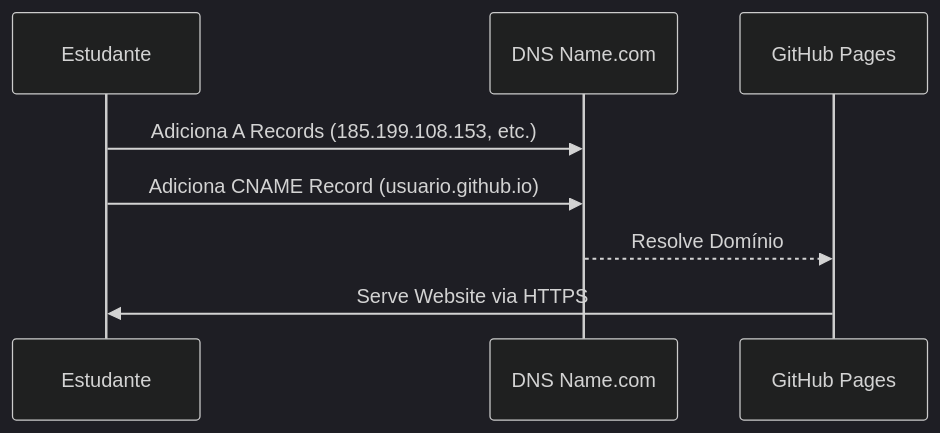
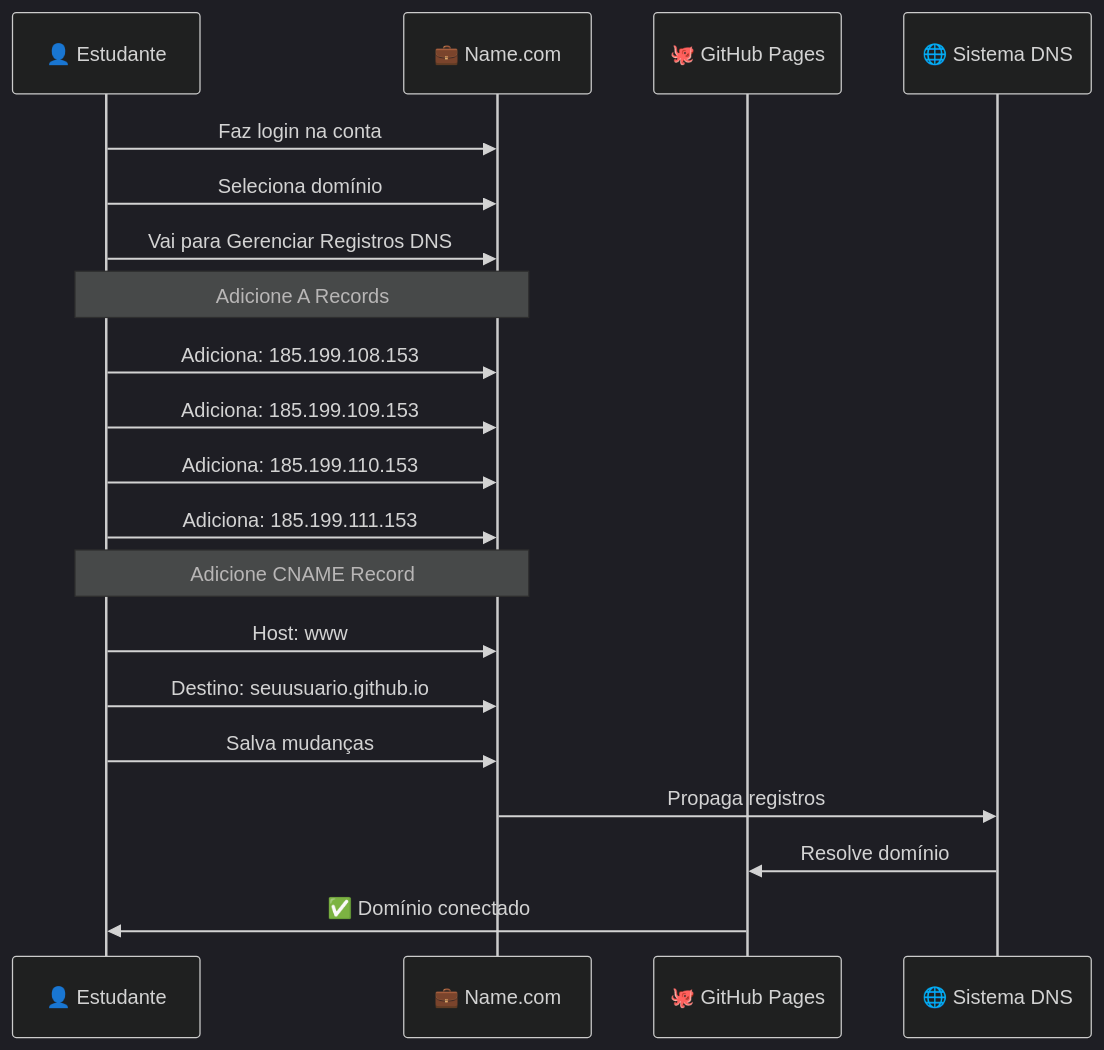
Before and after one commit to Genovese-Felipe/student-pack: the fourth of 8 diagrams in resources/CONFIGURACAO_DOMINIO.md, drawn with Mermaid (dark theme). The commit also changed other lines of this file and 8 other files, not shown here.

Commit message:
Enhance documentation with comprehensive Mermaid diagrams and visual flows

````diff
--- a/resources/CONFIGURACAO_DOMINIO.md
+++ b/resources/CONFIGURACAO_DOMINIO.md
@@ -25,10 +95,26 @@
 ```mermaid
 sequenceDiagram
-    participant E as Estudante
-    participant N as DNS Name.com
-    participant G as GitHub Pages
-    E->>N: Adiciona A Records (185.199.108.153, etc.)
-    E->>N: Adiciona CNAME Record (usuario.github.io)
-    N-->>G: Resolve Domínio
-    G->>E: Serve Website via HTTPS
+    participant Estudante as 👤 Estudante
+    participant NameCom as 💼 Name.com
+    participant GitHub as 🐙 GitHub Pages
+    participant DNS as 🌐 Sistema DNS
+    
+    Estudante->>NameCom: Faz login na conta
+    Estudante->>NameCom: Seleciona domínio
+    Estudante->>NameCom: Vai para Gerenciar Registros DNS
+    
+    Note over Estudante,NameCom: Adicione A Records
+    Estudante->>NameCom: Adiciona: 185.199.108.153
+    Estudante->>NameCom: Adiciona: 185.199.109.153
+    Estudante->>NameCom: Adiciona: 185.199.110.153
+    Estudante->>NameCom: Adiciona: 185.199.111.153
+    
+    Note over Estudante,NameCom: Adicione CNAME Record
+    Estudante->>NameCom: Host: www
+    Estudante->>NameCom: Destino: seuusuario.github.io
+    Estudante->>NameCom: Salva mudanças
+    
+    NameCom->>DNS: Propaga registros
+    DNS->>GitHub: Resolve domínio
+    GitHub->>Estudante: ✅ Domínio conectado
 ```
````
